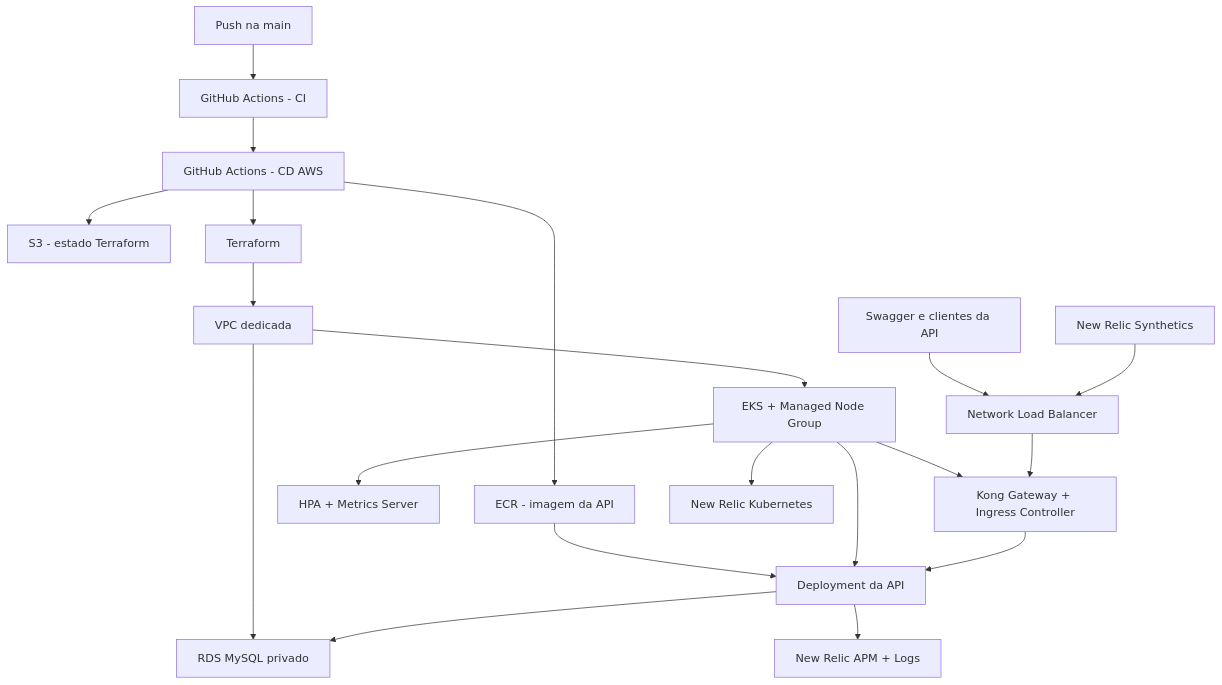
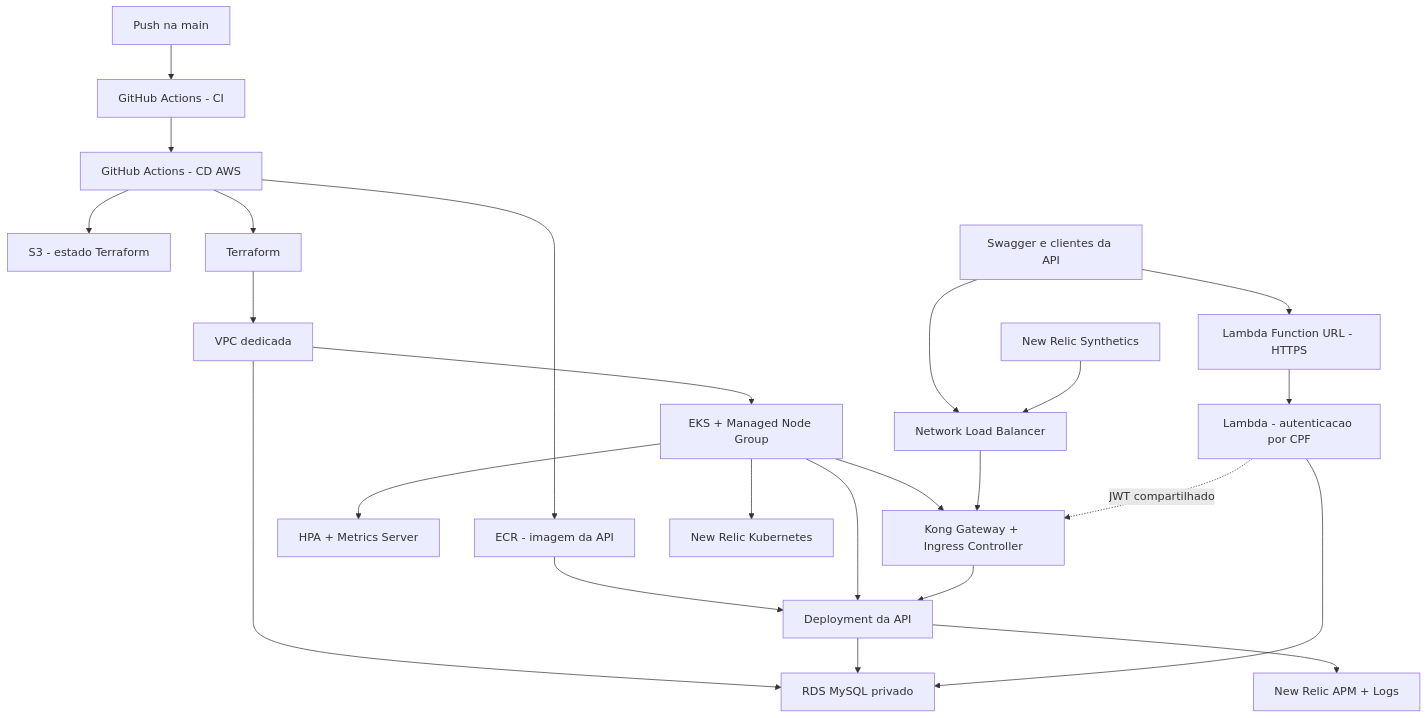
Before and after one commit to kaziwon/techchallengerm372882: the first of 3 diagrams in README.md, drawn with Mermaid. The commit also changed other lines of this file and 22 other files, not shown here.

Commit message:
feat: integra autenticacao serverless ao Kong

````diff
--- a/README.md
+++ b/README.md
@@ -40,22 +44,26 @@
 ```mermaid
 flowchart TD
     DEV["Push na main"] --> CI["GitHub Actions - CI"]
     CI --> CD["GitHub Actions - CD AWS"]
     CD --> S3["S3 - estado Terraform"]
     CD --> ECR["ECR - imagem da API"]
     CD --> TF["Terraform"]
     TF --> VPC["VPC dedicada"]
     VPC --> EKS["EKS + Managed Node Group"]
     VPC --> RDS["RDS MySQL privado"]
     ECR --> API["Deployment da API"]
     EKS --> API
     EKS --> HPA["HPA + Metrics Server"]
     API --> RDS
     EKS --> KONG["Kong Gateway + Ingress Controller"]
     USER["Swagger e clientes da API"] --> LB["Network Load Balancer"]
     LB --> KONG
     KONG --> API
+    USER --> LURL["Lambda Function URL - HTTPS"]
+    LURL --> LAMBDA["Lambda - autenticacao por CPF"]
+    LAMBDA --> RDS
+    LAMBDA -. "JWT compartilhado" .-> KONG
     EKS --> NRK8S["New Relic Kubernetes"]
     API --> NRAPM["New Relic APM + Logs"]
     NRSYN["New Relic Synthetics"] --> LB
 ```
````
